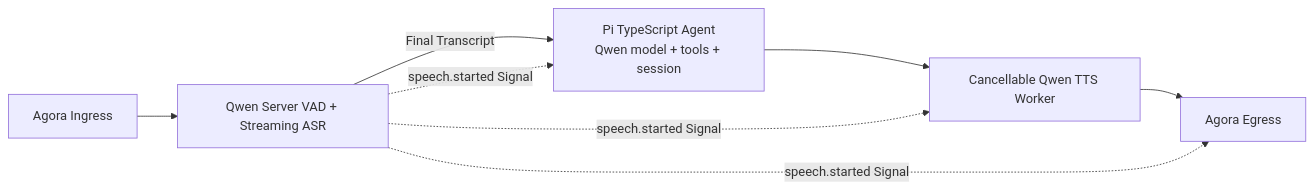
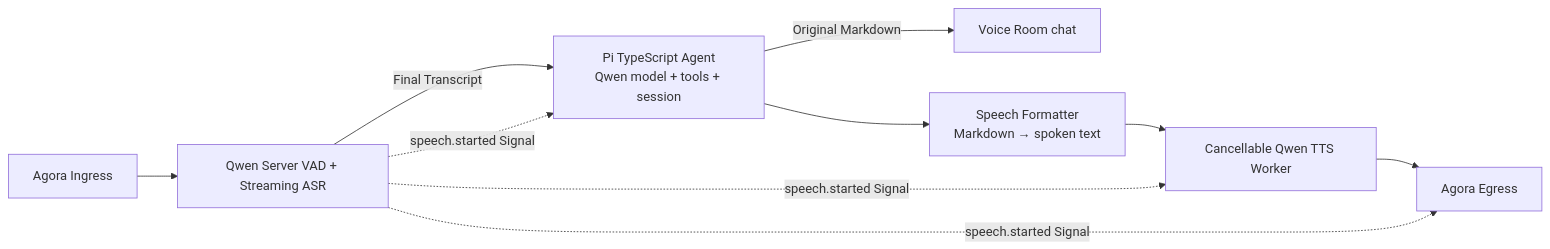
The second of 3 diagrams in docs/site/en/voice-architecture.md (PiyotaHu/muxiva), drawn with Mermaid before and after one commit. The commit also changed other lines of this file and 24 other files, not shown here.

Commit message:
feat: make cascade speech output voice friendly

````diff
--- a/docs/site/en/voice-architecture.md
+++ b/docs/site/en/voice-architecture.md
@@ -32,10 +32,12 @@
 ```mermaid
 flowchart LR
     IN["Agora Ingress"] --> ASR["Qwen Server VAD + Streaming ASR"]
     ASR -->|"Final Transcript"| AGENT["Pi TypeScript Agent<br/>Qwen model + tools + session"]
-    AGENT --> TTS["Cancellable Qwen TTS Worker"]
+    AGENT -->|"Original Markdown"| UI["Voice Room chat"]
+    AGENT --> FORMAT["Speech Formatter<br/>Markdown → spoken text"]
+    FORMAT --> TTS["Cancellable Qwen TTS Worker"]
     TTS --> OUT["Agora Egress"]
     ASR -. "speech.started Signal" .-> AGENT
     ASR -. "speech.started Signal" .-> TTS
     ASR -. "speech.started Signal" .-> OUT
 ```
````
